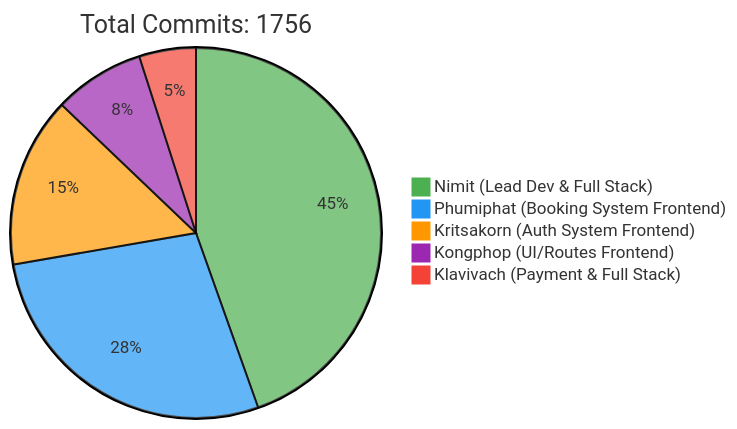
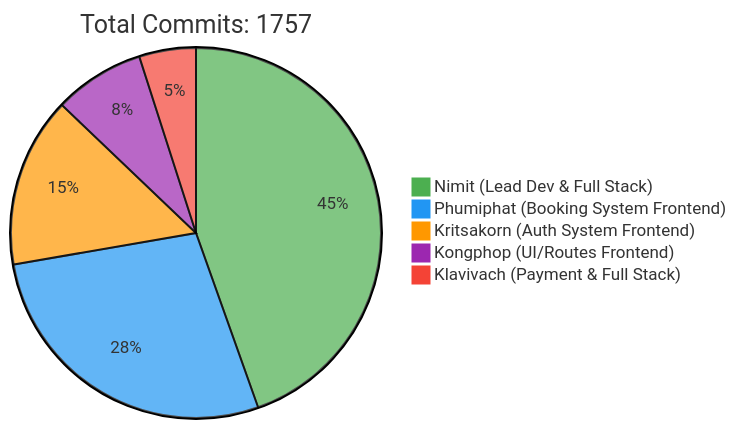
The first of 2 diagrams in README.md (6531503042/Sport-Complex), drawn with Mermaid before and after one commit. The commit also changed other lines of this file, not shown here.

Commit message:
docs: Update contributor statistics [skip ci]

````diff
--- a/README.md
+++ b/README.md
@@ -257,10 +257,10 @@
 ```mermaid
 %%{init: {'theme': 'base', 'themeVariables': { 'pie1': '#4CAF50', 'pie2': '#2196F3', 'pie3': '#FF9800', 'pie4': '#9C27B0', 'pie5': '#F44336'}}}%%
 pie
-    title Total Commits: 1756
+    title Total Commits: 1757
     "Nimit (Lead Dev & Full Stack)" : 450
     "Phumiphat (Booking System Frontend)" : 280
     "Kritsakorn (Auth System Frontend)" : 150
     "Kongphop (UI/Routes Frontend)" : 80
     "Klavivach (Payment & Full Stack)" : 50
 ```
````
